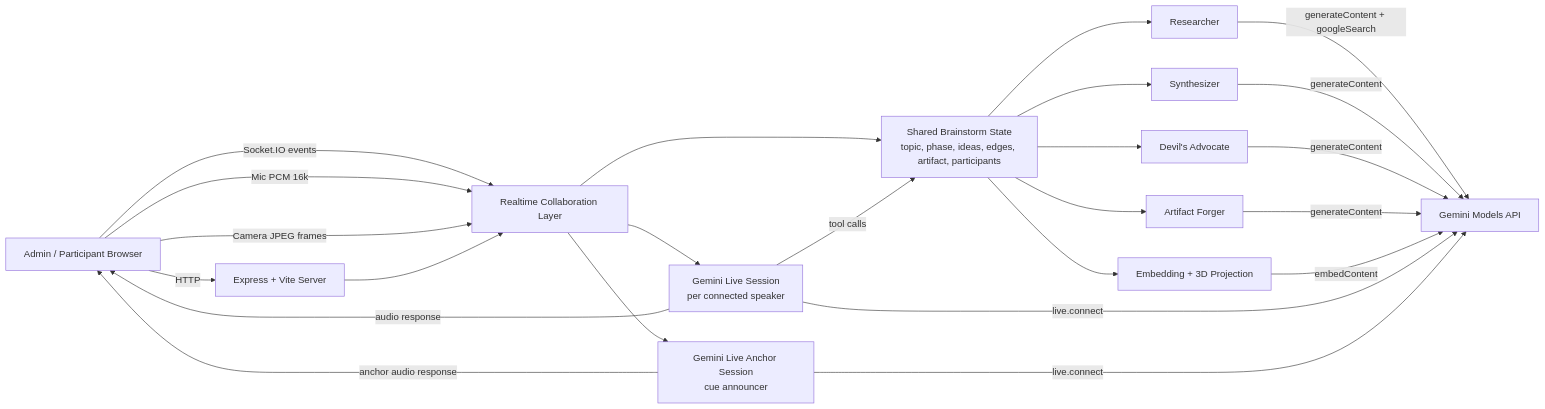
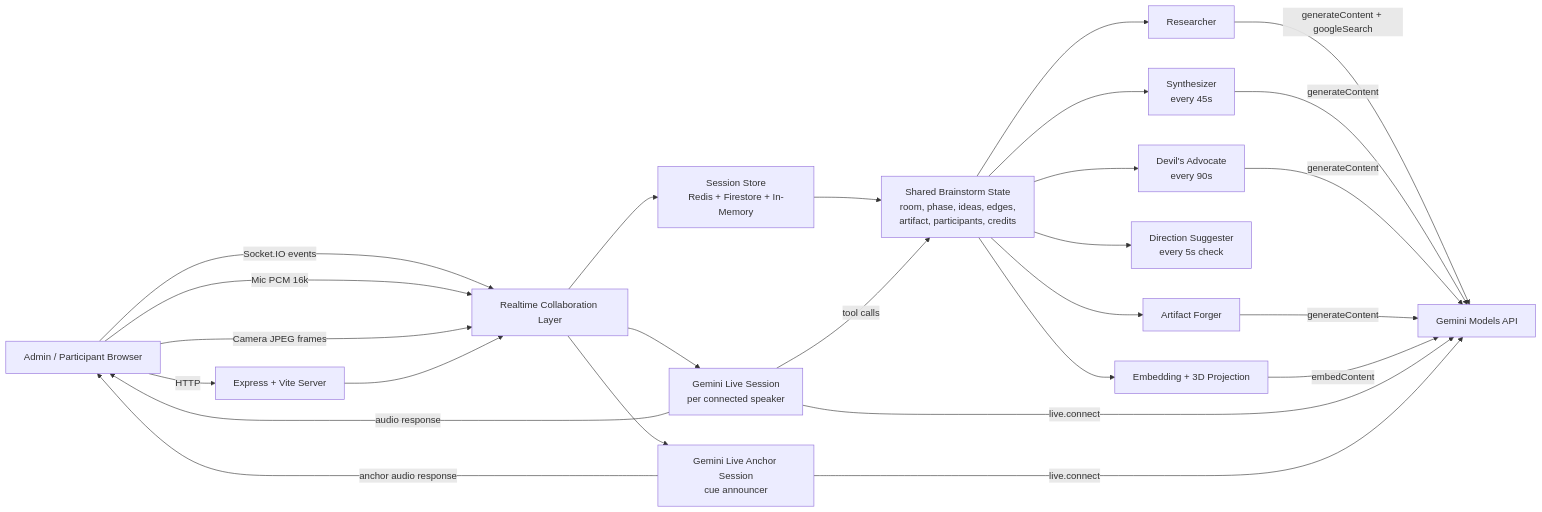
One commit to keshavdalmia10/the_cognitive_swarm changed the first of 5 diagrams in docs/architecture.md. Above: the diagram before and after it, drawn with Mermaid. The commit also changed other lines of this file, not shown here.

First line of the commit message:
Update architecture docs to reflect current codebase

````diff
--- a/docs/architecture.md
+++ b/docs/architecture.md
@@ -16,31 +17,33 @@
 ```mermaid
 flowchart LR
     U[Admin / Participant Browser] -->|HTTP| S[Express + Vite Server]
     U -->|Socket.IO events| R[Realtime Collaboration Layer]
     U -->|Mic PCM 16k| R
     U -->|Camera JPEG frames| R
 
     S --> R
-    R --> ST[Shared Brainstorm State<br/>topic, phase, ideas, edges, artifact, participants]
+    R --> ST[Session Store<br/>Redis + Firestore + In-Memory]
+    ST --> SD[Shared Brainstorm State<br/>room, phase, ideas, edges,<br/>artifact, participants, credits]
 
     R --> GL[Gemini Live Session<br/>per connected speaker]
     R --> AL[Gemini Live Anchor Session<br/>cue announcer]
 
-    GL -->|tool calls| ST
+    GL -->|tool calls| SD
     GL -->|audio response| U
     AL -->|anchor audio response| U
 
-    ST --> RS[Researcher]
-    ST --> SY[Synthesizer]
-    ST --> DA[Devil's Advocate]
-    ST --> AF[Artifact Forger]
-    ST --> EM[Embedding + 3D Projection]
+    SD --> RS[Researcher]
+    SD --> SY[Synthesizer<br/>every 45s]
+    SD --> DA[Devil's Advocate<br/>every 90s]
+    SD --> DS[Direction Suggester<br/>every 5s check]
+    SD --> AF[Artifact Forger]
+    SD --> EM[Embedding + 3D Projection]
 
     RS -->|generateContent + googleSearch| G[Gemini Models API]
     SY -->|generateContent| G
     DA -->|generateContent| G
     AF -->|generateContent| G
     EM -->|embedContent| G
     GL -->|live.connect| G
     AL -->|live.connect| G
 ```
````
